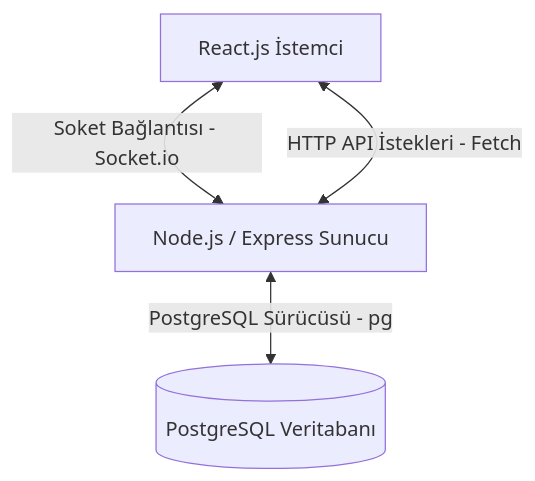
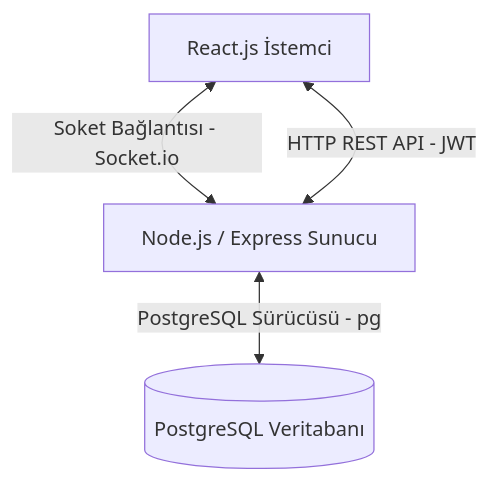
The first of 2 diagrams in PROJE_DOKUMANTASYONU.md (afsarsamet/quizUpp), drawn with Mermaid before and after one commit. The commit also changed other lines of this file and 1 other file, not shown here.

````diff
--- a/PROJE_DOKUMANTASYONU.md
+++ b/PROJE_DOKUMANTASYONU.md
@@ -15,6 +15,6 @@
 ```mermaid
 graph TD
     A[React.js İstemci] <-->|Soket Bağlantısı - Socket.io| B[Node.js / Express Sunucu]
-    A <-->|HTTP API İstekleri - Fetch| B
+    A <-->|HTTP REST API - JWT| B
     B <-->|PostgreSQL Sürücüsü - pg| C[(PostgreSQL Veritabanı)]
 ```
````
